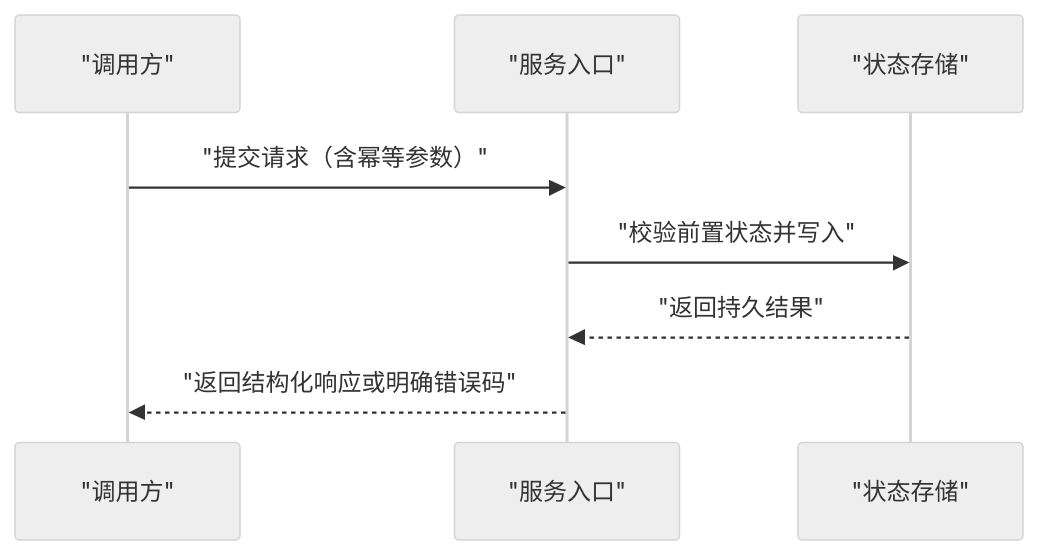
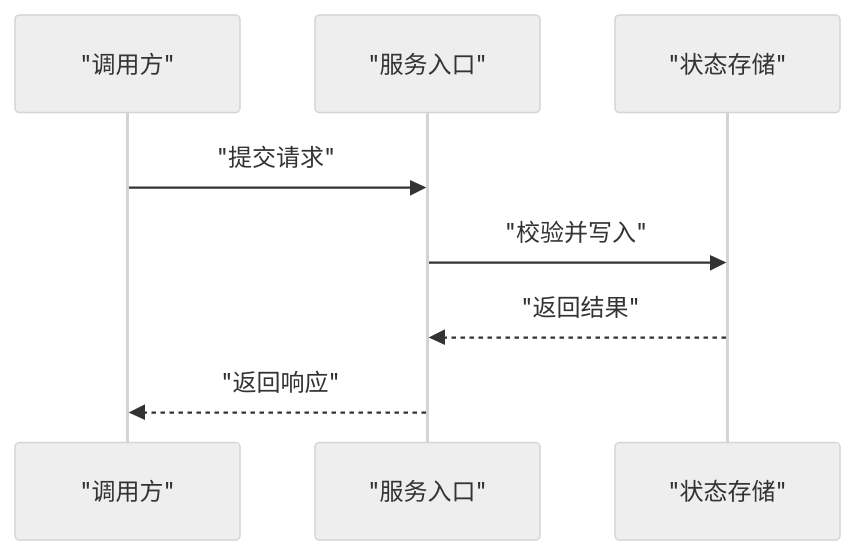
One commit to FiretrUCK666/project-forge changed the fourth of 4 diagrams in templates/docs-tdd.md. Above: the diagram before and after it, drawn with Mermaid (neutral theme). The commit also changed other lines of this file and 29 other files, not shown here.

Commit message:
同步升级模板体系、技术设计文档、双语门面与矢量图并对齐两档治理契约

````diff
--- a/templates/docs-tdd.md
+++ b/templates/docs-tdd.md
@@ -117,10 +135,10 @@
 ```mermaid
 sequenceDiagram
   participant Caller as "调用方"
   participant Service as "服务入口"
   participant Store as "状态存储"
-  Caller->>Service: "提交请求（含幂等参数）"
-  Service->>Store: "校验前置状态并写入"
-  Store-->>Service: "返回持久结果"
-  Service-->>Caller: "返回结构化响应或明确错误码"
+  Caller->>Service: "提交请求"
+  Service->>Store: "校验并写入"
+  Store-->>Service: "返回结果"
+  Service-->>Caller: "返回响应"
 ```
````
